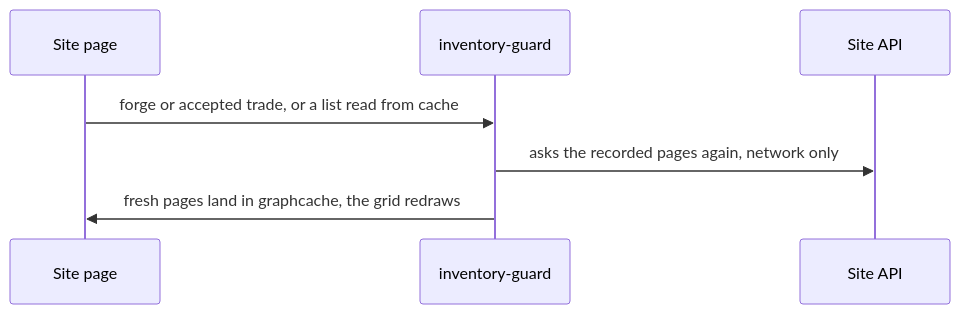
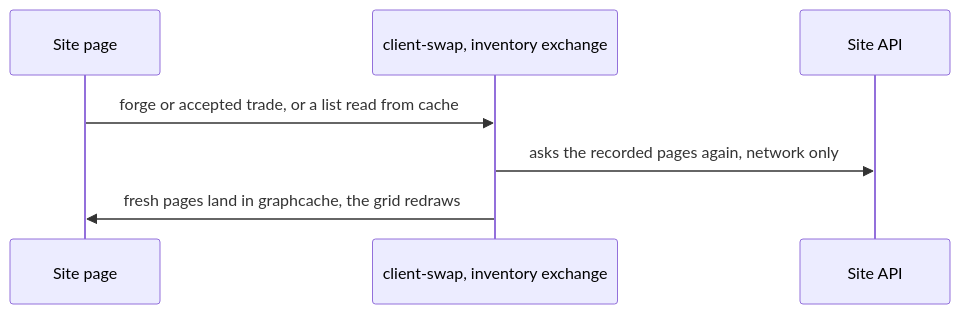
One commit to Antawq/senkuro-tools changed the fourth of 8 diagrams in docs/architecture.md. Above: the diagram before and after it, drawn with Mermaid. The commit also changed other lines of this file and 1 other file, not shown here.

Commit message:
docs: describe the client swap in the architecture pages

````diff
--- a/docs/architecture.md
+++ b/docs/architecture.md
@@ -73,9 +73,9 @@
 ```mermaid
 sequenceDiagram
   participant S as Site page
-  participant G as inventory-guard
+  participant G as client-swap, inventory exchange
   participant A as Site API
   S->>G: forge or accepted trade, or a list read from cache
   G->>A: asks the recorded pages again, network only
   G->>S: fresh pages land in graphcache, the grid redraws
 ```
````
